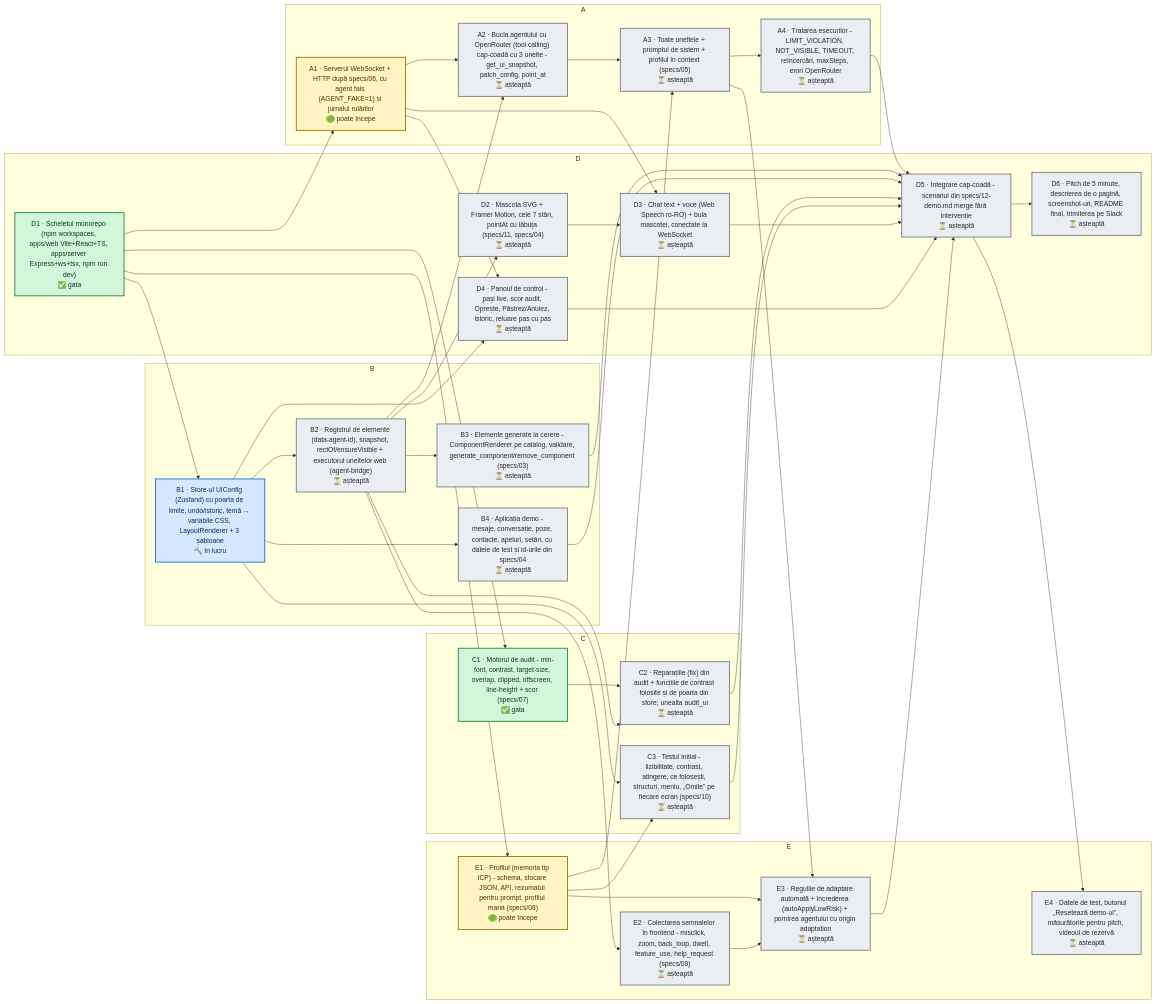
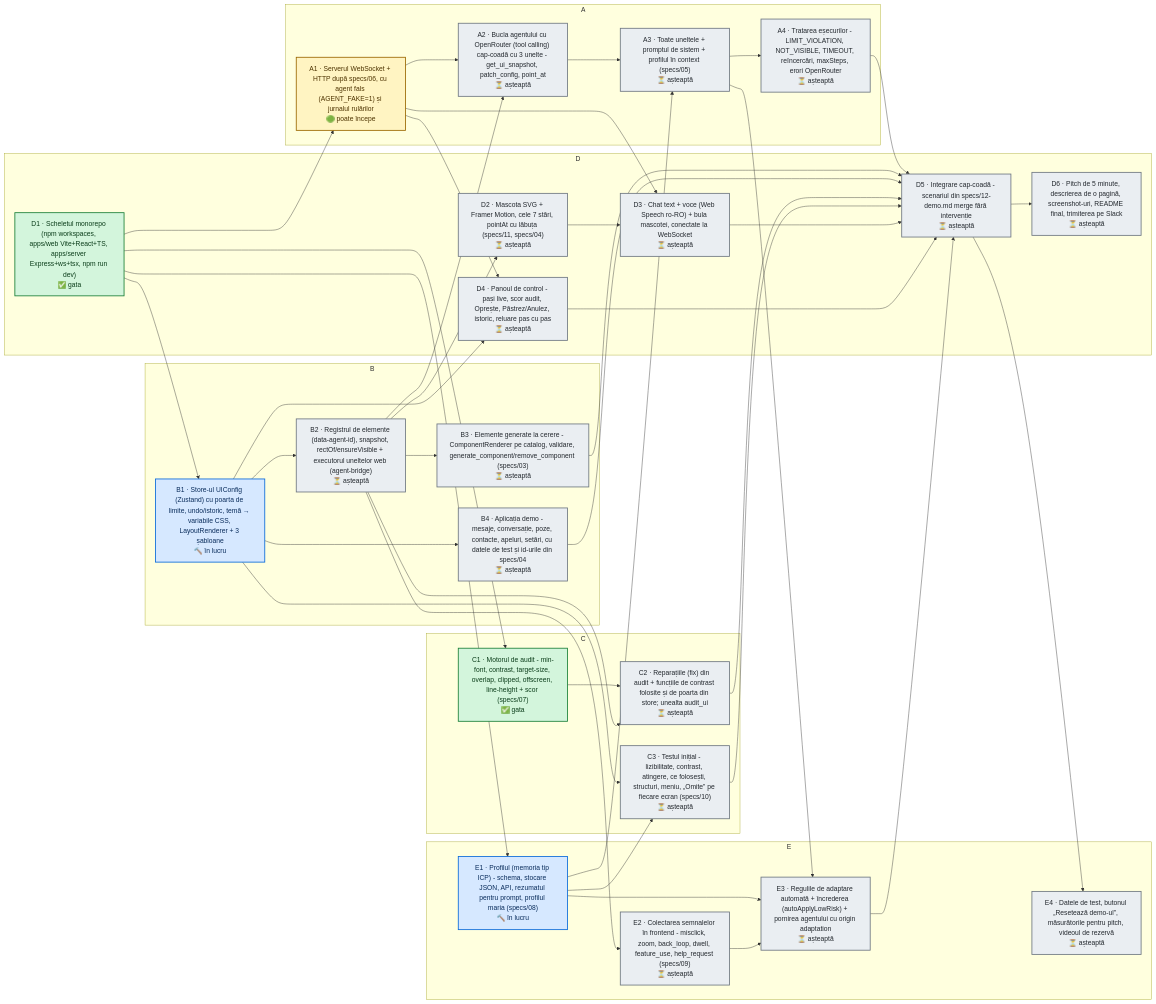
One commit to 06cezar/UiShapeshifter changed the diagram in DAG.md. Above: the diagram before and after it, drawn with Mermaid. The commit also changed other lines of this file and 1 other file, not shown here.

Commit message:
dag: update [skip ci]

````diff
--- a/DAG.md
+++ b/DAG.md
@@ -8,78 +8,78 @@
 ```mermaid
 flowchart LR
   subgraph t_owner_A["A"]
     t_A1["A1 · Serverul WebSocket + HTTP după specs/06, cu agent fals (AGENT_FAKE=1) și jurnalul rulărilor<br/>🟢 poate începe"]
     t_A2["A2 · Bucla agentului cu OpenRouter (tool calling) cap-coadă cu 3 unelte - get_ui_snapshot, patch_config, point_at<br/>⏳ așteaptă"]
     t_A3["A3 · Toate uneltele + promptul de sistem + profilul în context (specs/05)<br/>⏳ așteaptă"]
     t_A4["A4 · Tratarea eșecurilor - LIMIT_VIOLATION, NOT_VISIBLE, TIMEOUT, reîncercări, maxSteps, erori OpenRouter<br/>⏳ așteaptă"]
   end
   subgraph t_owner_B["B"]
     t_B1["B1 · Store-ul UIConfig (Zustand) cu poarta de limite, undo/istoric, temă → variabile CSS, LayoutRenderer + 3 șabloane<br/>🔨 în lucru"]
     t_B2["B2 · Registrul de elemente (data-agent-id), snapshot, rectOf/ensureVisible + executorul uneltelor web (agent-bridge)<br/>⏳ așteaptă"]
     t_B3["B3 · Elemente generate la cerere - ComponentRenderer pe catalog, validare, generate_component/remove_component (specs/03)<br/>⏳ așteaptă"]
     t_B4["B4 · Aplicația demo - mesaje, conversație, poze, contacte, apeluri, setări, cu datele de test și id-urile din specs/04<br/>⏳ așteaptă"]
   end
   subgraph t_owner_C["C"]
     t_C1["C1 · Motorul de audit - min-font, contrast, target-size, overlap, clipped, offscreen, line-height + scor (specs/07)<br/>✅ gata"]
     t_C2["C2 · Reparațiile (fix) din audit + funcțiile de contrast folosite și de poarta din store; unealta audit_ui<br/>⏳ așteaptă"]
     t_C3["C3 · Testul inițial - lizibilitate, contrast, atingere, ce folosești, structuri, meniu, „Omite” pe fiecare ecran (specs/10)<br/>⏳ așteaptă"]
   end
   subgraph t_owner_D["D"]
     t_D1["D1 · Scheletul monorepo (npm workspaces, apps/web Vite+React+TS, apps/server Express+ws+tsx, npm run dev)<br/>✅ gata"]
     t_D2["D2 · Mascota SVG + Framer Motion, cele 7 stări, pointAt cu lăbuța (specs/11, specs/04)<br/>⏳ așteaptă"]
     t_D3["D3 · Chat text + voce (Web Speech ro-RO) + bula mascotei, conectate la WebSocket<br/>⏳ așteaptă"]
     t_D4["D4 · Panoul de control - pași live, scor audit, Oprește, Păstrez/Anulez, istoric, reluare pas cu pas<br/>⏳ așteaptă"]
     t_D5["D5 · Integrare cap-coadă - scenariul din specs/12-demo.md merge fără intervenție<br/>⏳ așteaptă"]
     t_D6["D6 · Pitch de 5 minute, descrierea de o pagină, screenshot-uri, README final, trimiterea pe Slack<br/>⏳ așteaptă"]
   end
   subgraph t_owner_E["E"]
-    t_E1["E1 · Profilul (memoria tip ICP) - schema, stocare JSON, API, rezumatul pentru prompt, profilul maria (specs/08)<br/>🟢 poate începe"]
+    t_E1["E1 · Profilul (memoria tip ICP) - schema, stocare JSON, API, rezumatul pentru prompt, profilul maria (specs/08)<br/>🔨 în lucru"]
     t_E2["E2 · Colectarea semnalelor în frontend - misclick, zoom, back_loop, dwell, feature_use, help_request (specs/09)<br/>⏳ așteaptă"]
     t_E3["E3 · Regulile de adaptare automată + încrederea (autoApplyLowRisk) + pornirea agentului cu origin adaptation<br/>⏳ așteaptă"]
     t_E4["E4 · Datele de test, butonul „Resetează demo-ul”, măsurătorile pentru pitch, videoul de rezervă<br/>⏳ așteaptă"]
   end
   t_B2 --> t_D2
   t_A1 --> t_D3
   t_D2 --> t_D3
   t_A1 --> t_D4
   t_B1 --> t_D4
   t_A4 --> t_D5
   t_B3 --> t_D5
   t_B4 --> t_D5
   t_C2 --> t_D5
   t_C3 --> t_D5
   t_D3 --> t_D5
   t_D4 --> t_D5
   t_E3 --> t_D5
   t_D5 --> t_D6
   t_D1 --> t_A1
   t_A1 --> t_A2
   t_B2 --> t_A2
   t_A2 --> t_A3
   t_E1 --> t_A3
   t_A3 --> t_A4
   t_D1 --> t_B1
   t_B1 --> t_B2
   t_B2 --> t_B3
   t_B1 --> t_B4
   t_D1 --> t_C1
   t_C1 --> t_C2
   t_B2 --> t_C2
   t_B1 --> t_C3
   t_E1 --> t_C3
   t_D1 --> t_E1
   t_B2 --> t_E2
   t_E1 --> t_E3
   t_E2 --> t_E3
   t_A3 --> t_E3
   t_D5 --> t_E4
   classDef done fill:#d3f5dc,stroke:#1a7f37,color:#0b3d1a,stroke-width:2px
   classDef progress fill:#d6e8ff,stroke:#0969da,color:#0a2d5c,stroke-width:2px
   classDef ready fill:#fff4c2,stroke:#9a6700,color:#4d3300,stroke-width:2px
   classDef wait fill:#eaeef2,stroke:#6e7781,color:#24292f,stroke-width:2px
   classDef blocked fill:#ffd8d3,stroke:#cf222e,color:#5c0b10,stroke-width:2px
   class t_D1,t_C1 done
-  class t_B1 progress
-  class t_A1,t_E1 ready
+  class t_B1,t_E1 progress
+  class t_A1 ready
   class t_D2,t_D3,t_D4,t_D5,t_D6,t_A2,t_A3,t_A4,t_B2,t_B3,t_B4,t_C2,t_C3,t_E2,t_E3,t_E4 wait
 ```
````
